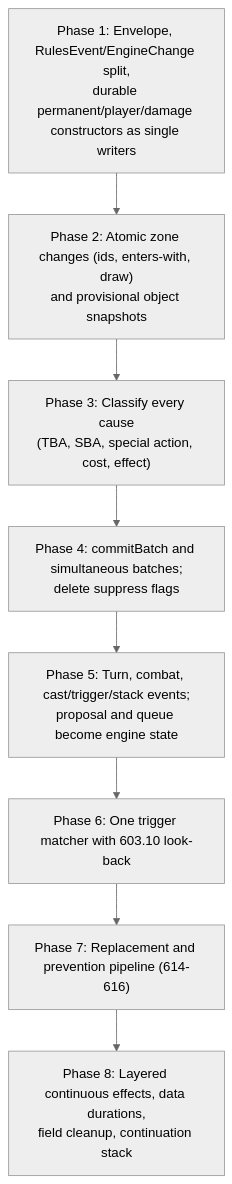
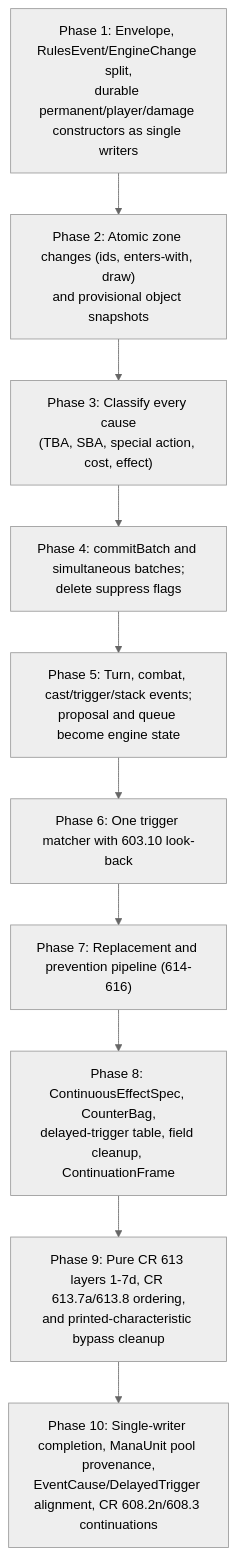
The diagram in EVENT_ALIGNMENT_PLAN.md (IharBury/mtg), drawn with Mermaid (neutral theme) before and after one commit. The commit also changed other lines of this file, not shown here.

Commit message:
Update EVENT_ALIGNMENT_PLAN.md after Phase 8 and add Phases 9-10

````diff
--- a/EVENT_ALIGNMENT_PLAN.md
+++ b/EVENT_ALIGNMENT_PLAN.md
@@ -1318,10 +1353,12 @@
 ```mermaid
 flowchart TD
   P1["Phase 1: Envelope, RulesEvent/EngineChange split,\ndurable permanent/player/damage constructors as single writers"] --> P2["Phase 2: Atomic zone changes (ids, enters-with, draw)\nand provisional object snapshots"]
   P2 --> P3["Phase 3: Classify every cause\n(TBA, SBA, special action, cost, effect)"]
   P3 --> P4["Phase 4: commitBatch and simultaneous batches;\ndelete suppress flags"]
   P4 --> P5["Phase 5: Turn, combat, cast/trigger/stack events;\nproposal and queue become engine state"]
   P5 --> P6["Phase 6: One trigger matcher with 603.10 look-back"]
   P6 --> P7["Phase 7: Replacement and prevention pipeline (614-616)"]
-  P7 --> P8["Phase 8: Layered continuous effects, data durations,\nfield cleanup, continuation stack"]
+  P7 --> P8["Phase 8: ContinuousEffectSpec, CounterBag,\ndelayed-trigger table, field cleanup, ContinuationFrame"]
+  P8 --> P9["Phase 9: Pure CR 613 layers 1-7d, CR 613.7a/613.8 ordering,\nand printed-characteristic bypass cleanup"]
+  P9 --> P10["Phase 10: Single-writer completion, ManaUnit pool provenance,\nEventCause/DelayedTrigger alignment, CR 608.2n/608.3 continuations"]
 ```
````
